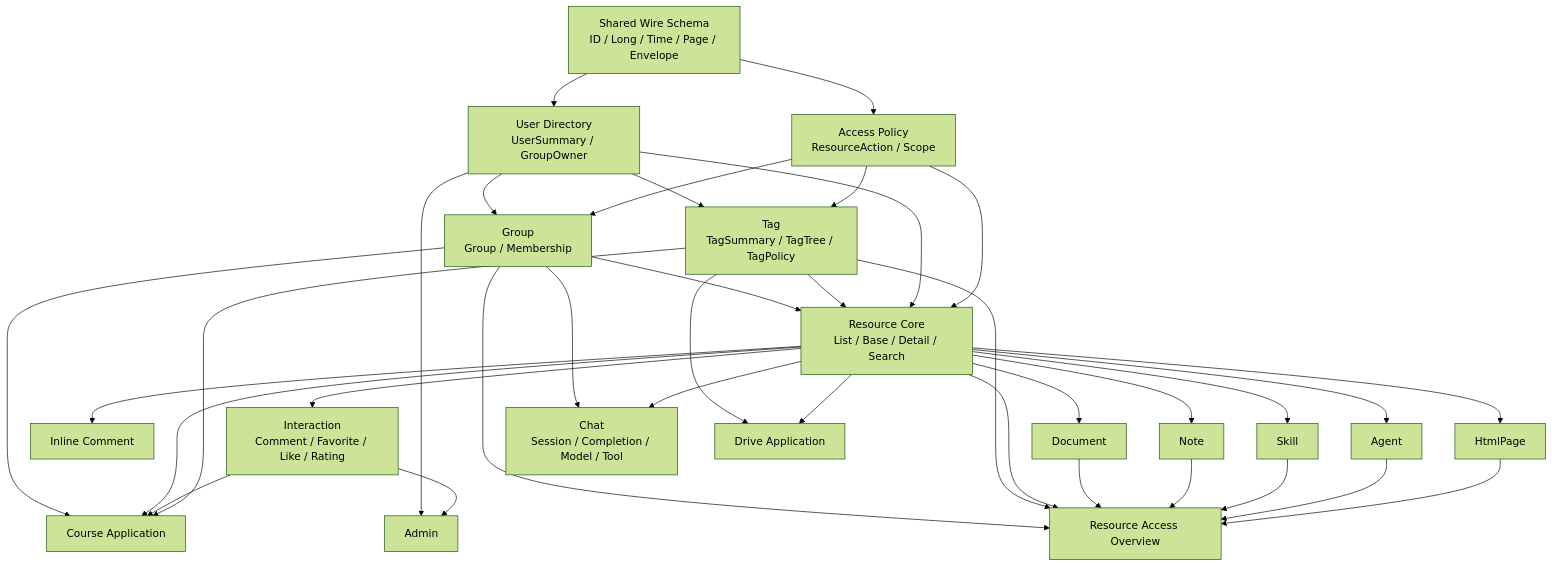
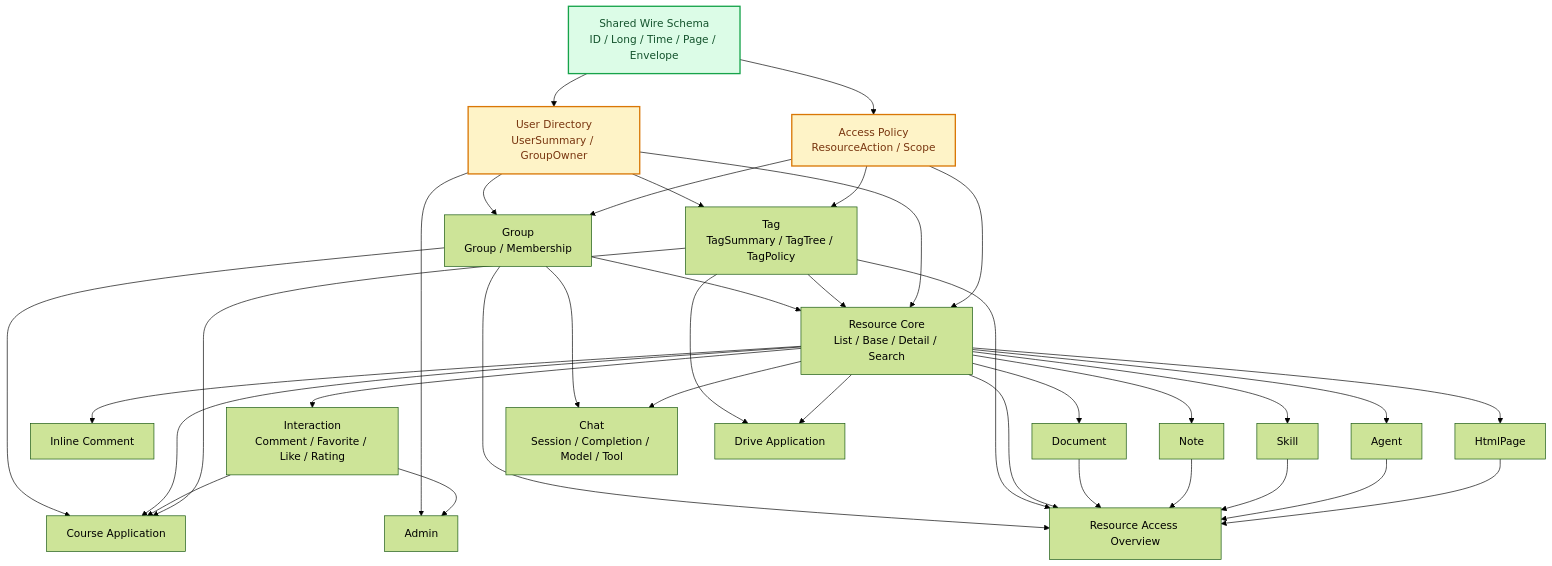
Before and after one commit to Oriole-FDU/WisePenView: the diagram in agent/docs/schema-contract-roadmap.md, drawn with Mermaid (forest theme). The commit also changed other lines of this file, not shown here.

````diff
--- a/agent/docs/schema-contract-roadmap.md
+++ b/agent/docs/schema-contract-roadmap.md
@@ -36,57 +36,62 @@
 ```mermaid
 flowchart TD
   W[Shared Wire Schema<br/>ID / Long / Time / Page / Envelope]
   A[Access Policy<br/>ResourceAction / Scope]
   U[User Directory<br/>UserSummary / GroupOwner]
   G[Group<br/>Group / Membership]
   T[Tag<br/>TagSummary / TagTree / TagPolicy]
   R[Resource Core<br/>List / Base / Detail / Search]
   I[Interaction<br/>Comment / Favorite / Like / Rating]
   C[Inline Comment]
   D[Document]
   N[Note]
   S[Skill]
   AG[Agent]
   H[HtmlPage]
   CH[Chat<br/>Session / Completion / Model / Tool]
   CO[Course Application]
   DR[Drive Application]
   RA[Resource Access Overview]
   AD[Admin]
 
   W --> A
   W --> U
   U --> G
   A --> G
   U --> T
   A --> T
   G --> R
   T --> R
   U --> R
   A --> R
   R --> I
   R --> C
   R --> D
   R --> N
   R --> S
   R --> AG
   R --> H
   G --> CH
   R --> CH
   G --> CO
   R --> CO
   I --> CO
   T --> CO
   T --> DR
   R --> DR
   G --> RA
   T --> RA
   R --> RA
   D --> RA
   N --> RA
   S --> RA
   AG --> RA
   H --> RA
   U --> AD
   I --> AD
+
+  classDef completed fill:#dcfce7,stroke:#16a34a,color:#14532d,stroke-width:2px
+  classDef next fill:#fef3c7,stroke:#d97706,color:#78350f,stroke-width:2px
+  class W completed
+  class A,U next
 ```
````
